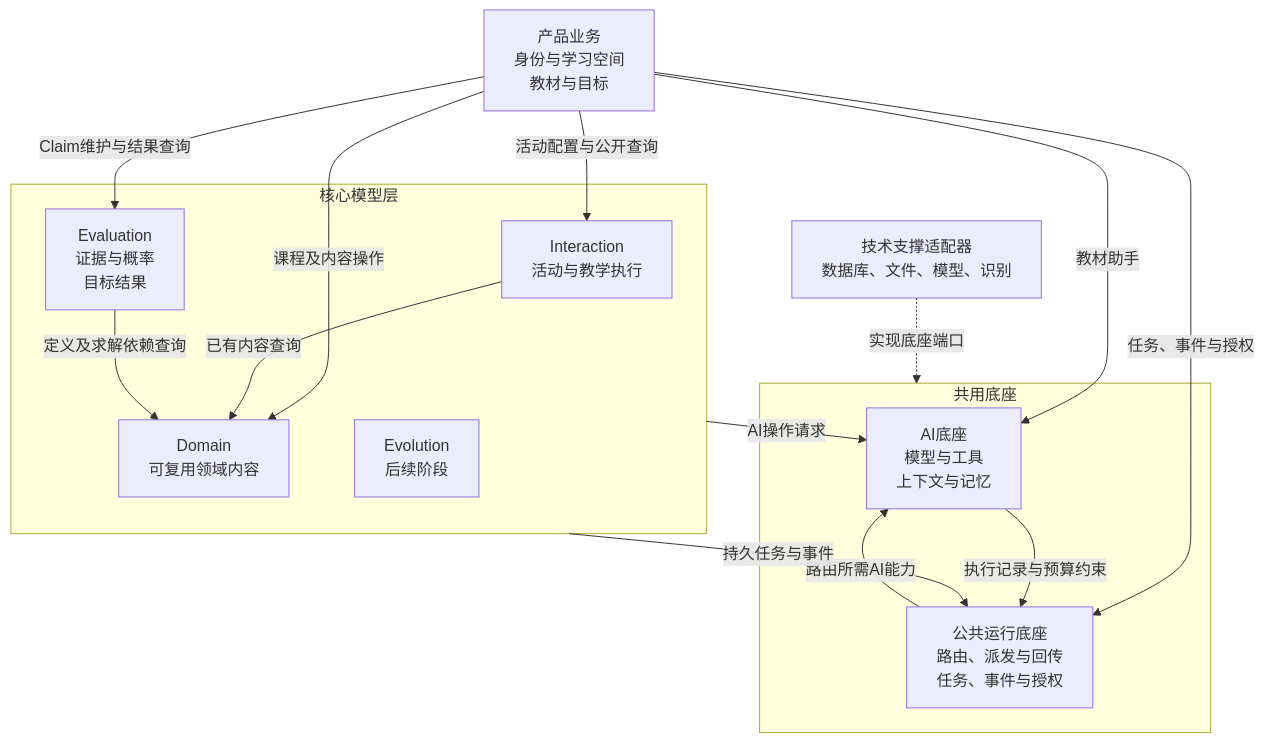
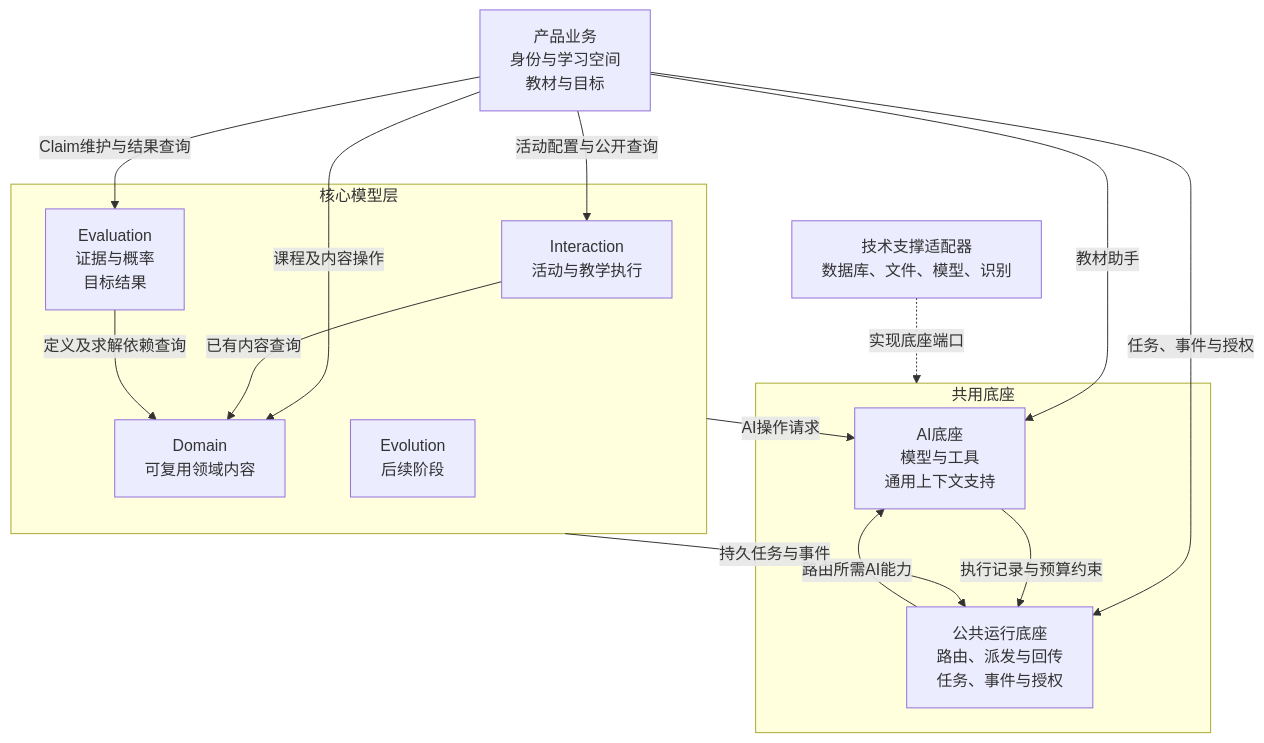
Before and after one commit to ivgotcrazy/deermind: the second of 10 diagrams in doc/mvp/m1/engineering/System_Design.md, drawn with Mermaid. The commit also changed other lines of this file and 13 other files, not shown here.

````diff
--- a/doc/mvp/m1/engineering/System_Design.md
+++ b/doc/mvp/m1/engineering/System_Design.md
@@ -73,26 +73,26 @@
 ```mermaid
 flowchart TB
   P["产品业务<br/>身份与学习空间<br/>教材与目标"]
   subgraph CORE["核心模型层"]
     I["Interaction<br/>活动与教学执行"]
     E["Evaluation<br/>证据与概率<br/>目标结果"]
     D["Domain<br/>可复用领域内容"]
     V["Evolution<br/>后续阶段"]
   end
   subgraph BASE["共用底座"]
-    AI["AI底座<br/>模型与工具<br/>上下文与记忆"]
+    AI["AI底座<br/>模型与工具<br/>通用上下文支持"]
     SYS["公共运行底座<br/>路由、派发与回传<br/>任务、事件与授权"]
   end
   P -->|"课程及内容操作"| D
   P -->|"活动配置与公开查询"| I
   P -->|"Claim维护与结果查询"| E
   I -->|"已有内容查询"| D
   E -->|"定义及求解依赖查询"| D
   CORE -->|"AI操作请求"| AI
   CORE -->|"持久任务与事件"| SYS
   P -->|"教材助手"| AI
   P -->|"任务、事件与授权"| SYS
   AI -->|"执行记录与预算约束"| SYS
   SYS -->|"路由所需AI能力"| AI
   T["技术支撑适配器<br/>数据库、文件、模型、识别"] -.->|"实现底座端口"| BASE
 ```
````
